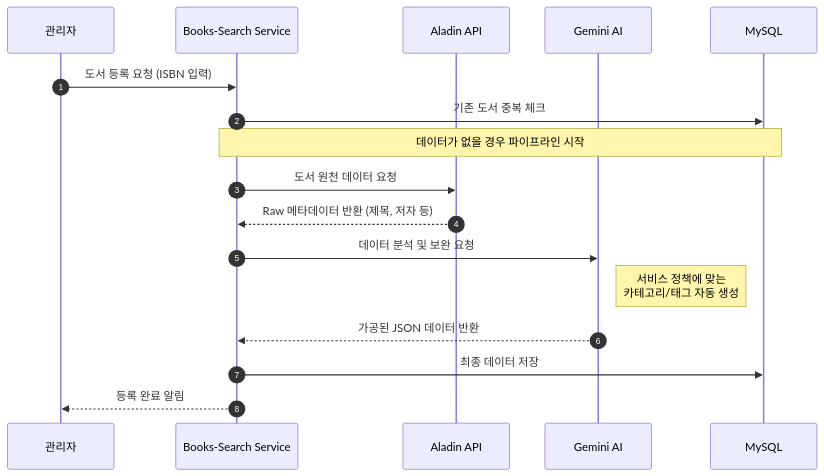
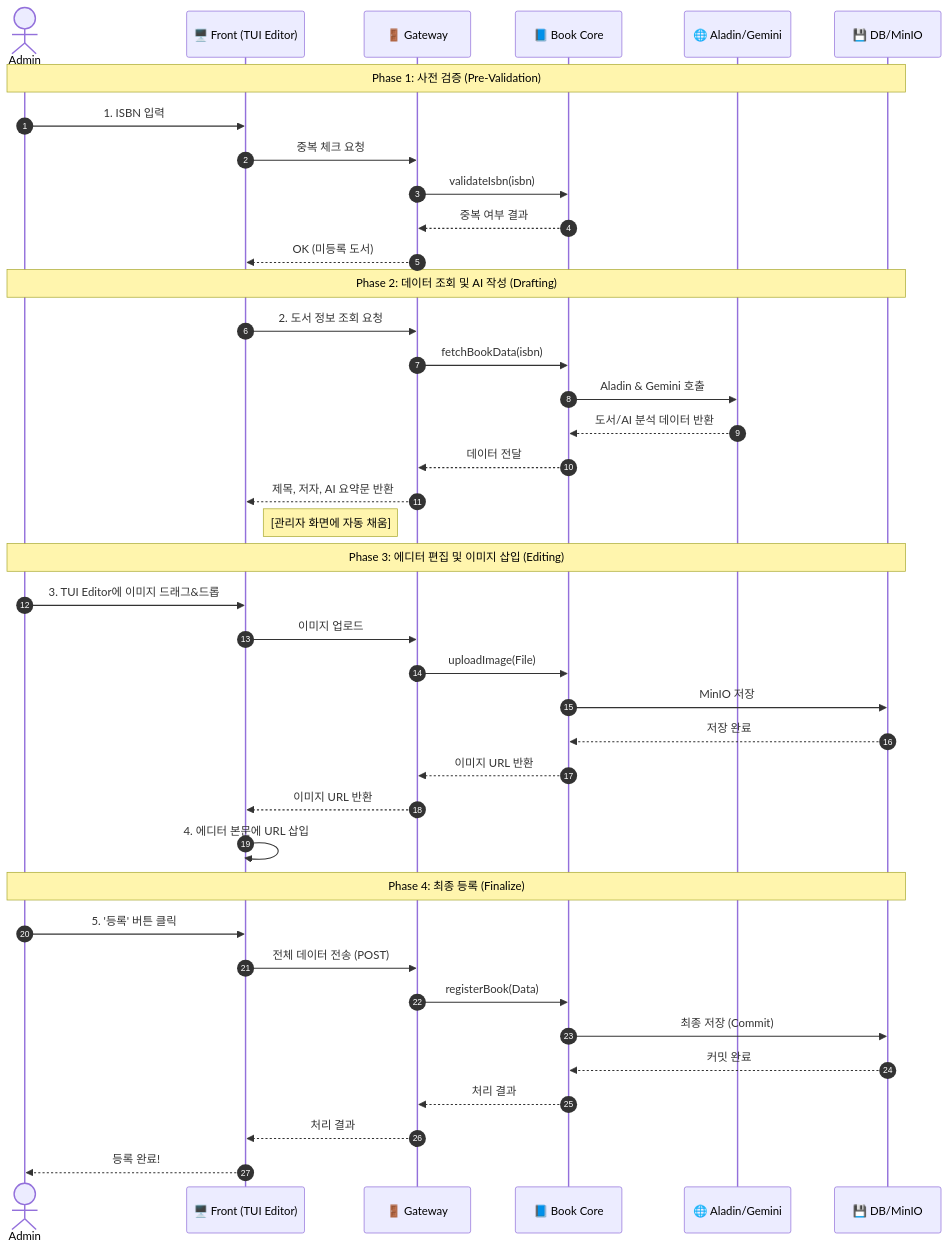
The second of 3 diagrams in project/daiso-book/ARCHITECTURE.md (hetgwi01/Hetgwi01), drawn with Mermaid before and after one commit. The commit also changed other lines of this file, not shown here.

Commit message:
mermaid 수정

````diff
--- a/project/daiso-book/ARCHITECTURE.md
+++ b/project/daiso-book/ARCHITECTURE.md
@@ -68,24 +108,46 @@
 ```mermaid
 sequenceDiagram
     autonumber
-    participant Admin as 관리자
-    participant Svc as Books-Search Service
-    participant API as Aladin API
-    participant AI as Gemini AI
-    participant DB as MySQL
+    actor Admin
+    participant Front as 🖥️ Front (TUI Editor)
+    participant GW as 🚪 Gateway
+    participant Core as 📘 Book Core
+    participant Ext as 🌐 Aladin/Gemini
+    participant DB as 💾 DB/MinIO
 
-    Admin->>Svc: 도서 등록 요청 (ISBN 입력)
-    Svc->>DB: 기존 도서 중복 체크
-    
-    Note over Svc, DB: 데이터가 없을 경우 파이프라인 시작
-    
-    Svc->>API: 도서 원천 데이터 요청
-    API-->>Svc: Raw 메타데이터 반환 (제목, 저자 등)
-    
-    Svc->>AI: 데이터 분석 및 보완 요청
-    Note right of AI: 서비스 정책에 맞는<br/>카테고리/태그 자동 생성
-    AI-->>Svc: 가공된 JSON 데이터 반환
-    
-    Svc->>DB: 최종 데이터 저장
-    Svc-->>Admin: 등록 완료 알림
+    Note over Admin, DB: Phase 1: 사전 검증 (Pre-Validation)
+    Admin->>Front: 1. ISBN 입력
+    Front->>GW: 중복 체크 요청
+    GW->>Core: validateIsbn(isbn)
+    Core-->>GW: 중복 여부 결과
+    GW-->>Front: OK (미등록 도서)
+
+    Note over Admin, DB: Phase 2: 데이터 조회 및 AI 작성 (Drafting)
+    Front->>GW: 2. 도서 정보 조회 요청
+    GW->>Core: fetchBookData(isbn)
+    Core->>Ext: Aladin & Gemini 호출
+    Ext-->>Core: 도서/AI 분석 데이터 반환
+    Core-->>GW: 데이터 전달
+    GW-->>Front: 제목, 저자, AI 요약문 반환
+    Note right of Front: [관리자 화면에 자동 채움]
+
+    Note over Admin, DB: Phase 3: 에디터 편집 및 이미지 삽입 (Editing)
+    Admin->>Front: 3. TUI Editor에 이미지 드래그&드롭
+    Front->>GW: 이미지 업로드
+    GW->>Core: uploadImage(File)
+    Core->>DB: MinIO 저장
+    DB-->>Core: 저장 완료
+    Core-->>GW: 이미지 URL 반환
+    GW-->>Front: 이미지 URL 반환
+    Front->>Front: 4. 에디터 본문에 URL 삽입
+
+    Note over Admin, DB: Phase 4: 최종 등록 (Finalize)
+    Admin->>Front: 5. '등록' 버튼 클릭
+    Front->>GW: 전체 데이터 전송 (POST)
+    GW->>Core: registerBook(Data)
+    Core->>DB: 최종 저장 (Commit)
+    DB-->>Core: 커밋 완료
+    Core-->>GW: 처리 결과
+    GW-->>Front: 처리 결과
+    Front-->>Admin: 등록 완료!
 ```
````
